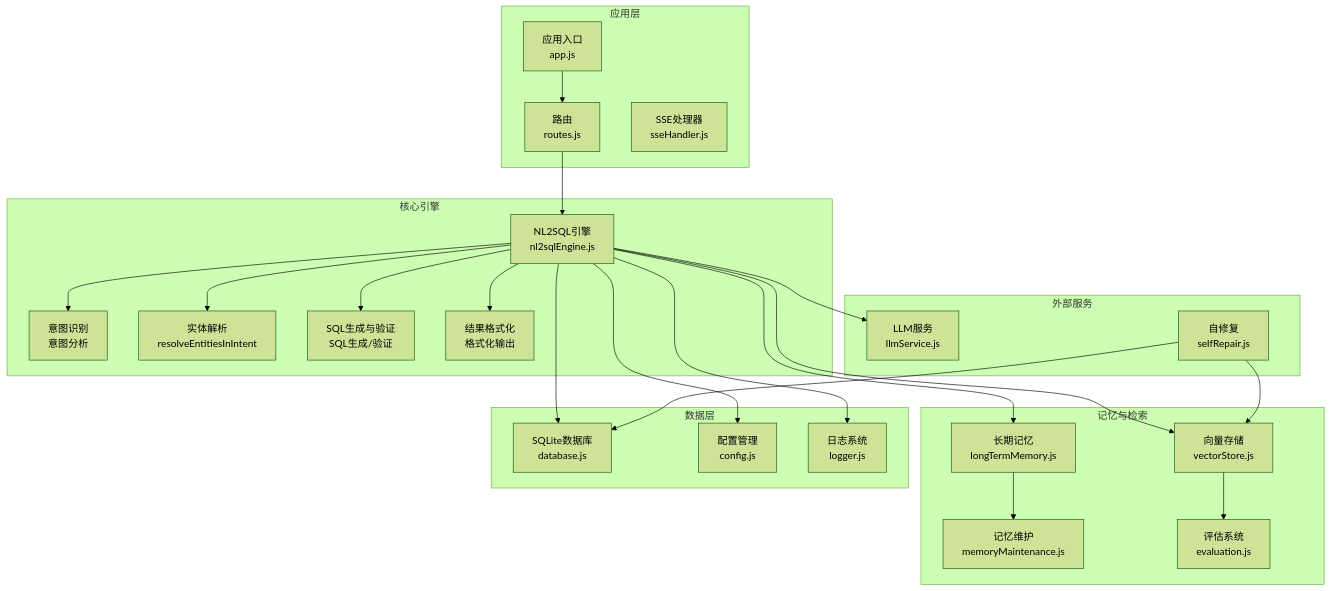
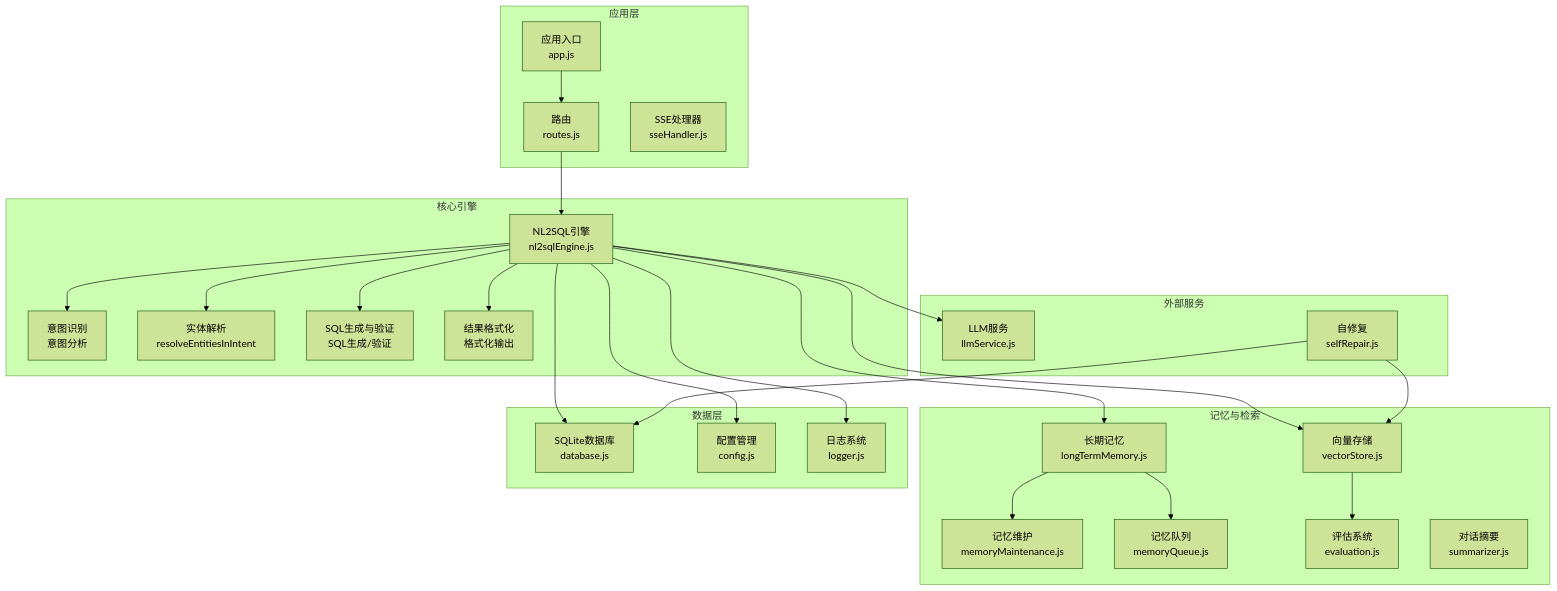
One commit to HanHuiOnLine/724-office changed the first of 12 diagrams in .qoder/repowiki/zh/content/Performance Optimization.md. Above: the diagram before and after it, drawn with Mermaid (forest theme). The commit also changed other lines of this file and 7 other files, not shown here.

````diff
--- a/.qoder/repowiki/zh/content/Performance Optimization.md
+++ b/.qoder/repowiki/zh/content/Performance Optimization.md
@@ -46,46 +58,49 @@
 ```mermaid
 graph TB
 subgraph "应用层"
 APP["应用入口<br/>app.js"]
 ROUTES["路由<br/>routes.js"]
 SSE["SSE处理器<br/>sseHandler.js"]
 end
 subgraph "核心引擎"
 ENGINE["NL2SQL引擎<br/>nl2sqlEngine.js"]
 INTENT["意图识别<br/>意图分析"]
 ENTITY["实体解析<br/>resolveEntitiesInIntent"]
 SQLGEN["SQL生成与验证<br/>SQL生成/验证"]
 FORMAT["结果格式化<br/>格式化输出"]
 end
 subgraph "记忆与检索"
 LT_MEM["长期记忆<br/>longTermMemory.js"]
 MEM_MAINT["记忆维护<br/>memoryMaintenance.js"]
+MEM_QUEUE["记忆队列<br/>memoryQueue.js"]
 VEC_STORE["向量存储<br/>vectorStore.js"]
 EVAL["评估系统<br/>evaluation.js"]
+SUMMARIZER["对话摘要<br/>summarizer.js"]
 end
 subgraph "数据层"
 SQLITE["SQLite数据库<br/>database.js"]
 CONFIG["配置管理<br/>config.js"]
 LOG["日志系统<br/>logger.js"]
 end
 subgraph "外部服务"
 LLM["LLM服务<br/>llmService.js"]
 SELF_REPAIR["自修复<br/>selfRepair.js"]
 end
 APP --> ROUTES
 ROUTES --> ENGINE
 ENGINE --> INTENT
 ENGINE --> ENTITY
 ENGINE --> SQLGEN
 ENGINE --> FORMAT
 ENGINE --> LT_MEM
 LT_MEM --> MEM_MAINT
+LT_MEM --> MEM_QUEUE
 ENGINE --> VEC_STORE
 VEC_STORE --> EVAL
 ENGINE --> SQLITE
 ENGINE --> CONFIG
 ENGINE --> LOG
 ENGINE --> LLM
 SELF_REPAIR --> SQLITE
 SELF_REPAIR --> VEC_STORE
 ```
````
